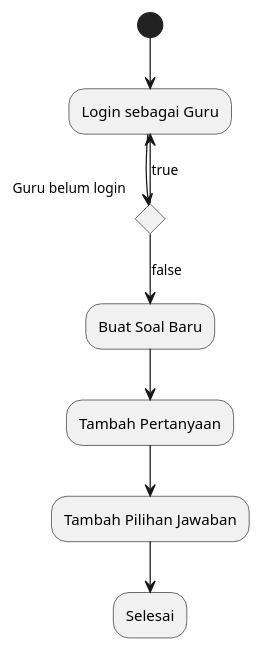
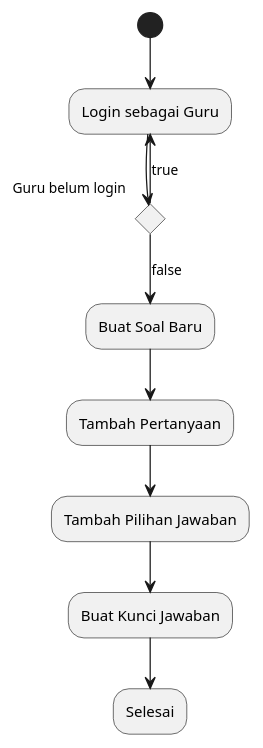
One commit to rizalalfadlil/Aplikasi changed the diagram in additional files/activity diagram/membuatSoal.puml. Above: the diagram before and after it, drawn with PlantUML. The commit also changed 6 other files, not shown here.

```diff
--- a/additional files/activity diagram/membuatSoal.puml
+++ b/additional files/activity diagram/membuatSoal.puml
@@ -1,14 +1,15 @@
 @startuml
 
 (*) --> "Login sebagai Guru"
 
 if "Guru belum login" then
   -->[true] "Login sebagai Guru"
 else
   -->[false] "Buat Soal Baru"
   --> "Tambah Pertanyaan"
   --> "Tambah Pilihan Jawaban"
+  --> "Buat Kunci Jawaban"
   --> "Selesai"
 endif
 
 @enduml
```
